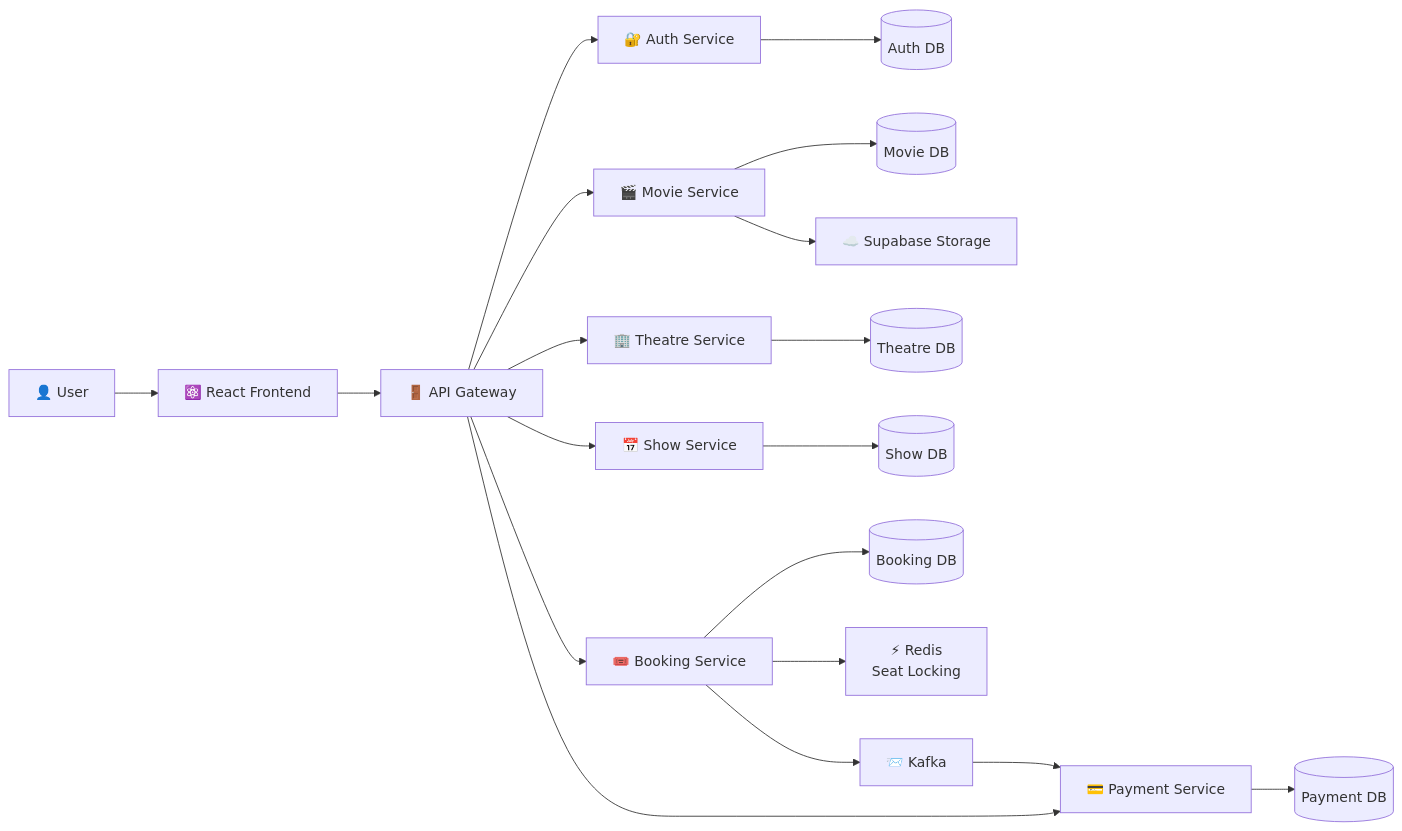
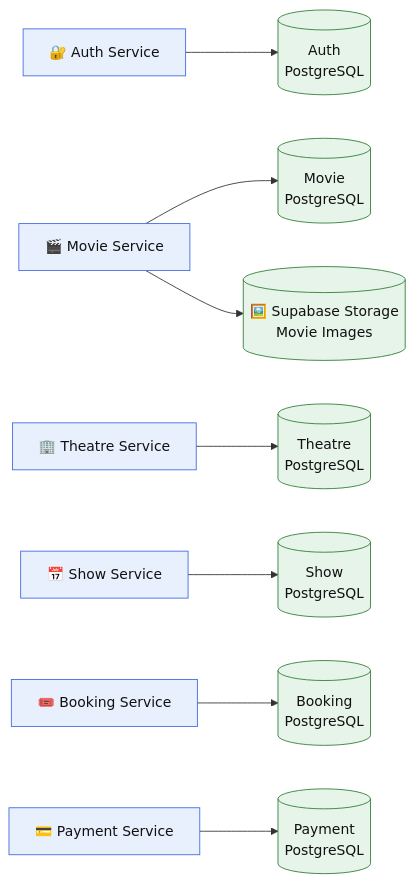
One commit to prajangowda/cinehub-microservices changed the fifth of 6 diagrams in README.md. Above: the diagram before and after it, drawn with Mermaid. The commit also changed other lines of this file, not shown here.

````diff
--- a/README.md
+++ b/README.md
@@ -17,27 +183,15 @@
 ```mermaid
 flowchart LR
-    U["👤 User"] --> FE["⚛️ React Frontend"]
+    AUTH["🔐 Auth Service"] --> D1[("Auth<br/>PostgreSQL")]
+    MOVIE["🎬 Movie Service"] --> D2[("Movie<br/>PostgreSQL")]
+    MOVIE --> S1[("🖼️ Supabase Storage<br/>Movie Images")]
+    THEATRE["🏢 Theatre Service"] --> D3[("Theatre<br/>PostgreSQL")]
+    SHOW["📅 Show Service"] --> D4[("Show<br/>PostgreSQL")]
+    BOOKING["🎟️ Booking Service"] --> D5[("Booking<br/>PostgreSQL")]
+    PAYMENT["💳 Payment Service"] --> D6[("Payment<br/>PostgreSQL")]
 
-    FE --> GW["🚪 API Gateway"]
-
-    GW --> AUTH["🔐 Auth Service"]
-    GW --> MOVIE["🎬 Movie Service"]
-    GW --> THEATRE["🏢 Theatre Service"]
-    GW --> SHOW["📅 Show Service"]
-    GW --> BOOKING["🎟️ Booking Service"]
-    GW --> PAYMENT["💳 Payment Service"]
-
-    AUTH --> AUTHDB[("Auth DB")]
-    MOVIE --> MOVIEDB[("Movie DB")]
-    THEATRE --> THEATREDB[("Theatre DB")]
-    SHOW --> SHOWDB[("Show DB")]
-    BOOKING --> BOOKINGDB[("Booking DB")]
-    PAYMENT --> PAYMENTDB[("Payment DB")]
-
-    MOVIE --> SUPABASE["☁️ Supabase Storage"]
-
-    BOOKING --> REDIS["⚡ Redis<br/>Seat Locking"]
-
-    BOOKING --> KAFKA["📨 Kafka"]
-    KAFKA --> PAYMENT
+    classDef svc fill:#e8f0fe,stroke:#4169E1,color:#111;
+    classDef db fill:#e6f4ea,stroke:#2e7d32,color:#111;
+    class AUTH,MOVIE,THEATRE,SHOW,BOOKING,PAYMENT svc;
+    class D1,D2,D3,D4,D5,D6,S1 db;
 ```
````
